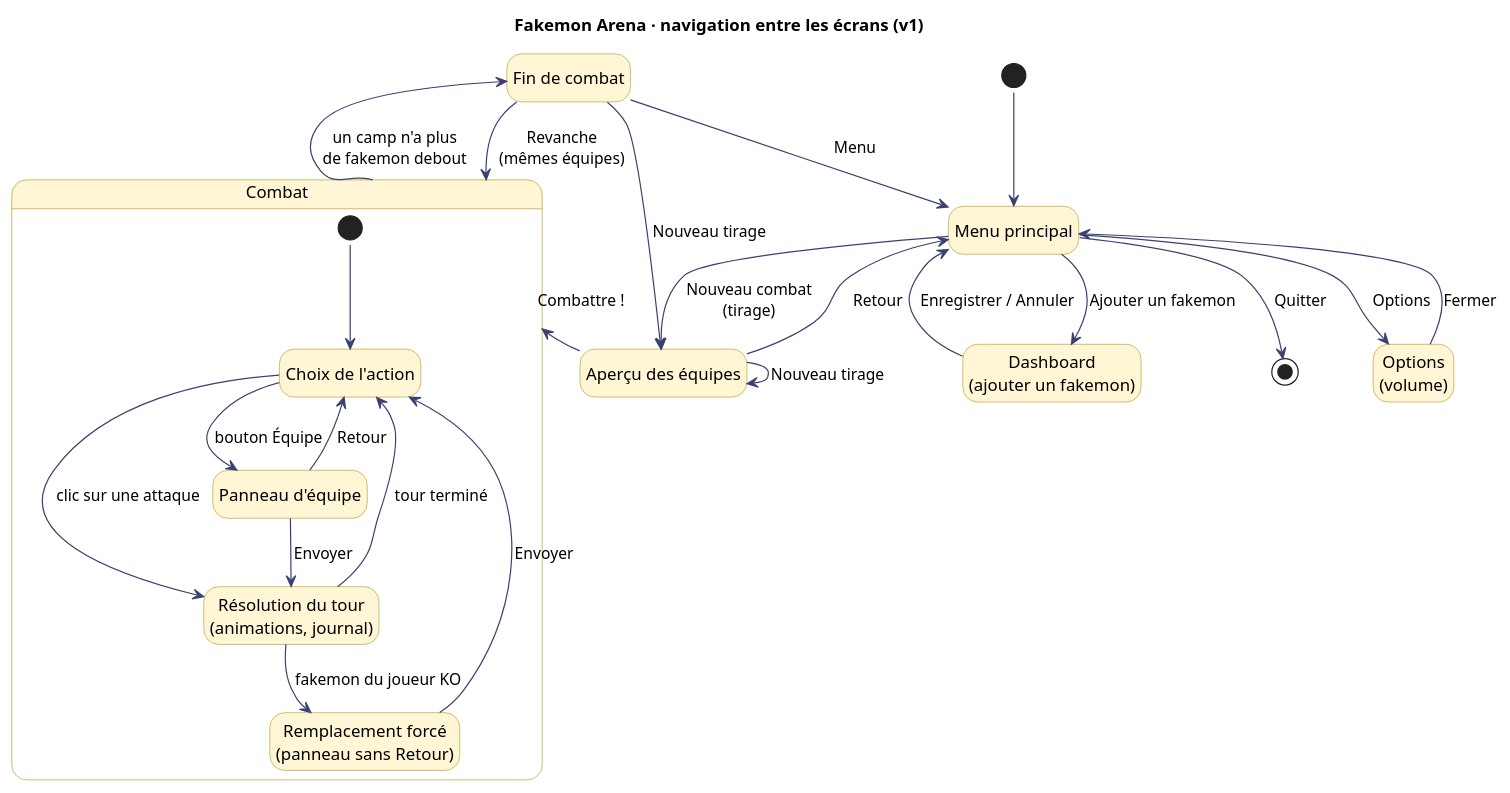
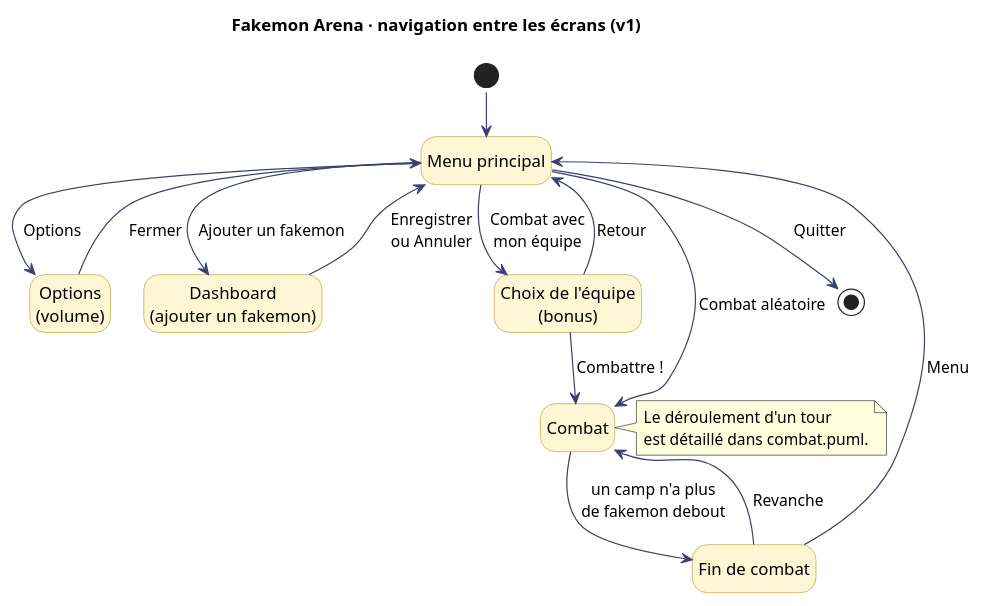
The diagram in docs/uml/navigation.puml (OnerAliCan/fakemon-arena), drawn with PlantUML before and after one commit. The commit also changed 17 other files, not shown here.

First line of the commit message:
docs: menu à deux modes, sans aperçu des équipes (#2, #3, #5)

```diff
--- a/docs/uml/navigation.puml
+++ b/docs/uml/navigation.puml
@@ -1,48 +1,37 @@
 @startuml navigation
 !pragma layout smetana
 title Fakemon Arena · navigation entre les écrans (v1)
 skinparam defaultFontName Segoe UI
 skinparam state {
   BackgroundColor #FFF6D6
   BorderColor #B8901A
   ArrowColor #3A4170
 }
 hide empty description
 
 state "Menu principal" as Menu
 state "Options\n(volume)" as Options
 state "Dashboard\n(ajouter un fakemon)" as Dashboard
-state "Aperçu des équipes" as Apercu
+state "Choix de l'équipe\n(bonus)" as ChoixEquipe
+state "Combat" as Combat
 state "Fin de combat" as Fin
 
-state "Combat" as Combat {
-  state "Choix de l'action" as Choix
-  state "Résolution du tour\n(animations, journal)" as Resolution
-  state "Panneau d'équipe" as Panneau
-  state "Remplacement forcé\n(panneau sans Retour)" as Remplacement
-
-  [*] --> Choix
-  Choix --> Resolution : clic sur une attaque
-  Choix --> Panneau : bouton Équipe
-  Panneau --> Choix : Retour
-  Panneau --> Resolution : Envoyer
-  Resolution --> Choix : tour terminé
-  Resolution --> Remplacement : fakemon du joueur KO
-  Remplacement --> Choix : Envoyer
-}
-
 [*] --> Menu
-Menu --> Apercu : Nouveau combat\n(tirage)
-Apercu --> Apercu : Nouveau tirage
-Apercu --> Menu : Retour
-Apercu --> Combat : Combattre !
-Combat --> Fin : un camp n'a plus\nde fakemon debout
-Fin --> Combat : Revanche\n(mêmes équipes)
-Fin --> Apercu : Nouveau tirage
-Fin --> Menu : Menu
-Menu --> Dashboard : Ajouter un fakemon
-Dashboard --> Menu : Enregistrer / Annuler
 Menu --> Options : Options
 Options --> Menu : Fermer
+Menu --> Dashboard : Ajouter un fakemon
+Dashboard --> Menu : Enregistrer\nou Annuler
+Menu --> ChoixEquipe : Combat avec\nmon équipe
+ChoixEquipe --> Menu : Retour
+ChoixEquipe --> Combat : Combattre !
+Menu --> Combat : Combat aléatoire
+Combat --> Fin : un camp n'a plus\nde fakemon debout
+Fin --> Combat : Revanche
+Fin --> Menu : Menu
 Menu --> [*] : Quitter
+
+note right of Combat
+  Le déroulement d'un tour
+  est détaillé dans combat.puml.
+end note
 @enduml
```
